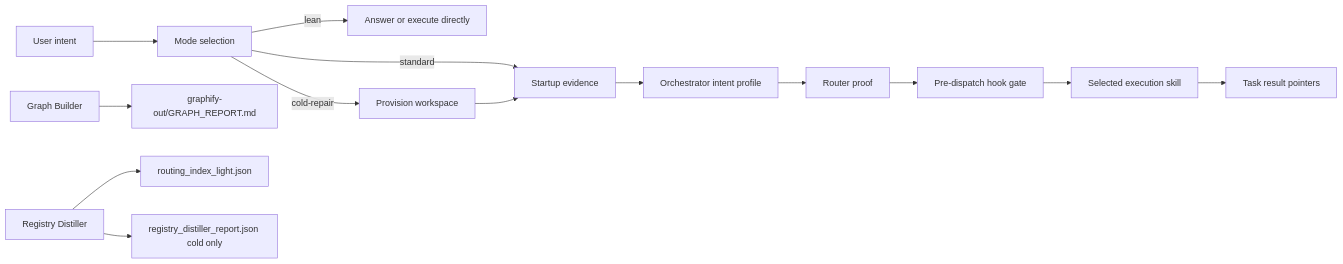
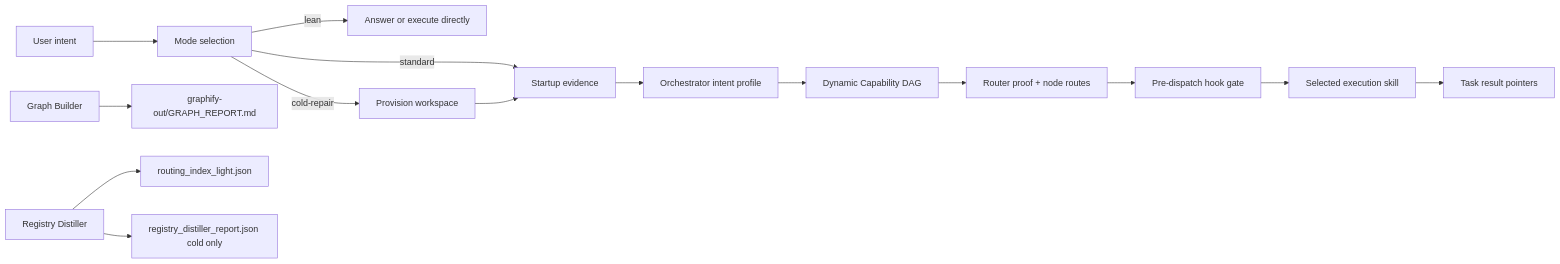
Before and after one commit to gumchee95/code-mosa-framework: the diagram in README.md, drawn with Mermaid. The commit also changed other lines of this file and 12 other files, not shown here.

Commit message:
Add dynamic capability DAG routing

````diff
--- a/README.md
+++ b/README.md
@@ -31,16 +31,17 @@
 ```mermaid
 graph LR
   U["User intent"] --> M["Mode selection"]
   M -->|"lean"| L["Answer or execute directly"]
   M -->|"standard"| S["Startup evidence"]
   M -->|"cold-repair"| P["Provision workspace"]
   P --> S
   S --> O["Orchestrator intent profile"]
-  O --> R["Router proof"]
+  O --> W["Dynamic Capability DAG"]
+  W --> R["Router proof + node routes"]
   R --> H["Pre-dispatch hook gate"]
   H --> E["Selected execution skill"]
   E --> T["Task result pointers"]
   G["Graph Builder"] --> GR["graphify-out/GRAPH_REPORT.md"]
   D["Registry Distiller"] --> RI["routing_index_light.json"]
   D --> FR["registry_distiller_report.json cold only"]
 ```
````
